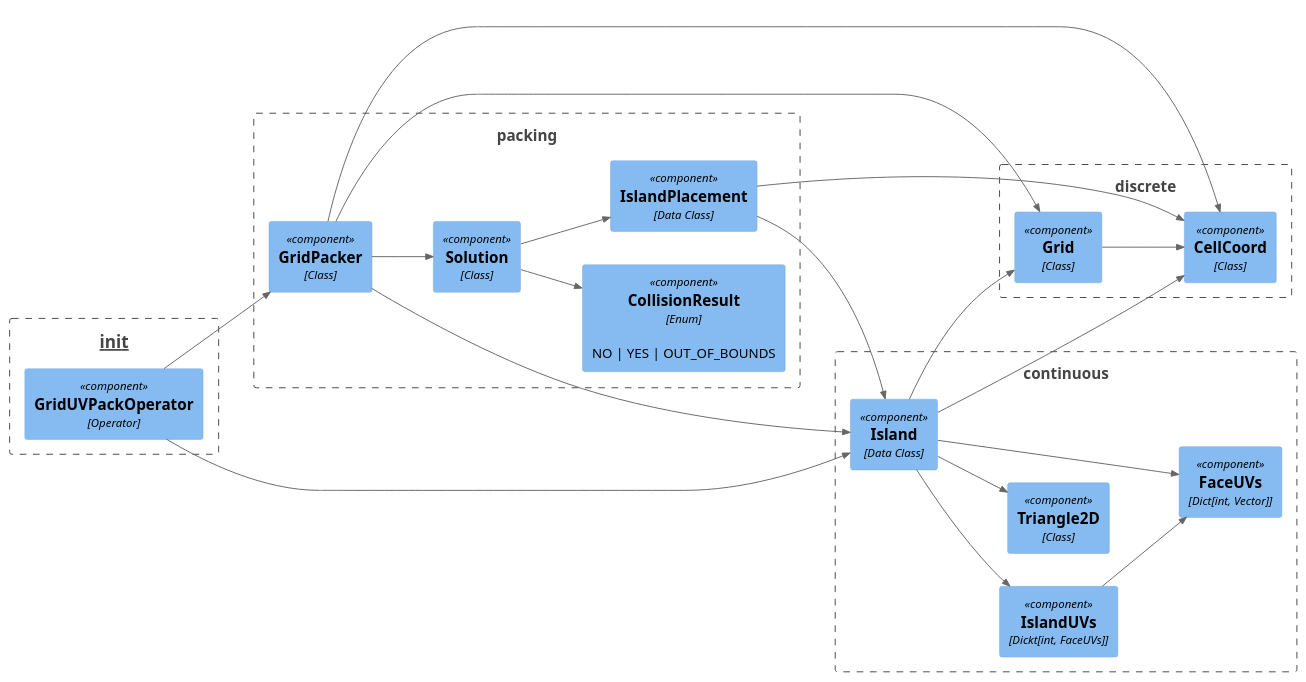
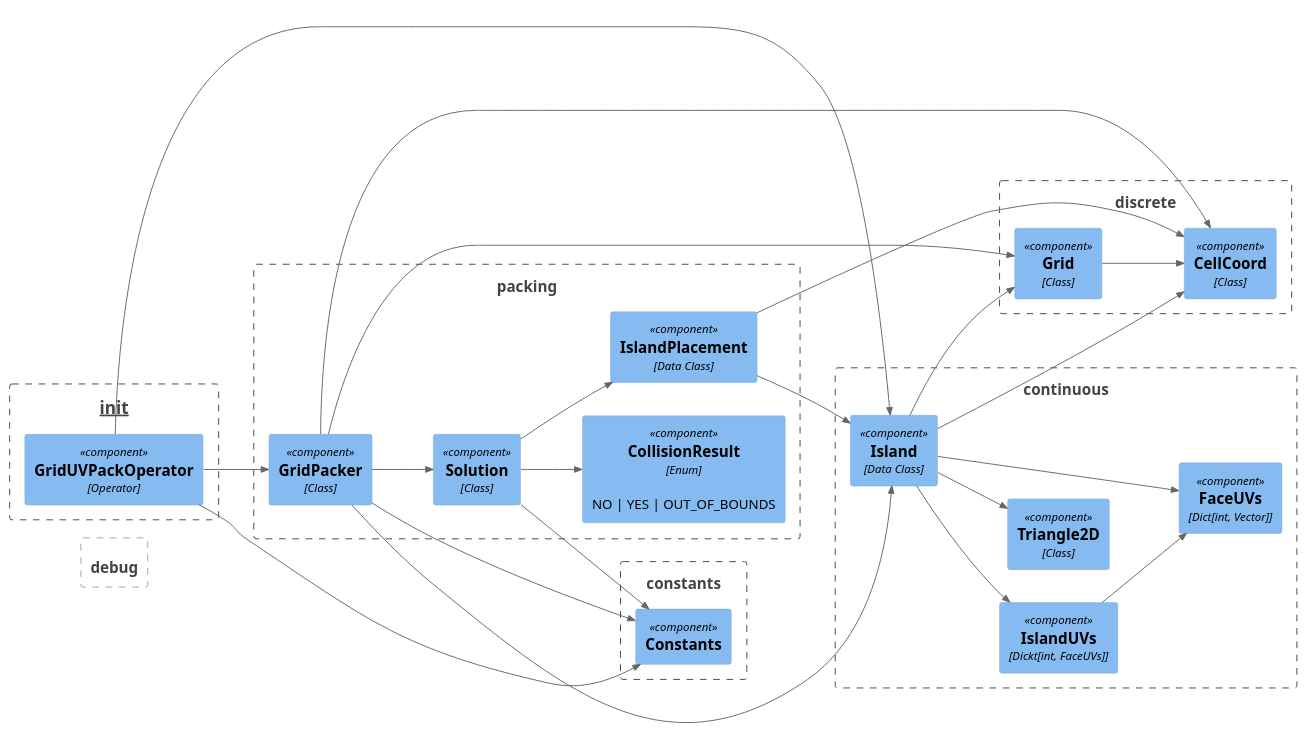
The diagram in doc/arch/Component_Diagram.plantuml (muhuk/grid-uv-packer), drawn with PlantUML before and after one commit. The commit also changed 5 other files, not shown here.

```diff
--- a/doc/arch/Component_Diagram.plantuml
+++ b/doc/arch/Component_Diagram.plantuml
@@ -1,52 +1,63 @@
 @startuml Component_Diagram
 !include ../c4/C4_Component.puml
 LAYOUT_LEFT_RIGHT()
 
 Boundary(moduleInit, "__init__") {
   Component(gridUvPackOperator, "GridUVPackOperator", "Operator")
+}
+
+Boundary(moduleConstants, "constants") {
+  Component(constants, "Constants")
 }
 
 Boundary(moduleContinuous, "continuous") {
   Component(faceUvs, "FaceUVs", "Dict[int, Vector]")
   Component(islandUvs, "IslandUVs", "Dickt[int, FaceUVs]")
   Component(island, "Island", "Data Class")
   Component(triangle2d, "Triangle2D", "Class")
 
   Rel(island, faceUvs, " ")
   Rel(island, islandUvs, " ")
   Rel(island, triangle2d, " ")
 
   Rel(islandUvs, faceUvs, " ")
+}
+
+Boundary(moduleDebug, "debug") {
 }
 
 Boundary(moduleData, "packing") {
   Component(collisionResult, "CollisionResult", "Enum", "NO | YES | OUT_OF_BOUNDS")
   Component(gridPacker, "GridPacker", "Class")
   Component(islandPlacement, "IslandPlacement", "Data Class")
   Component(solution, "Solution", "Class")
 
   Rel(gridPacker, solution, " ")
   Rel(solution, collisionResult, " ")
   Rel(solution, islandPlacement, " ")
 }
 
 Boundary(moduleDiscrete, "discrete") {
   Component(cellCoord, "CellCoord", "Class")
   Component(grid, "Grid", "Class")
 
   Rel(grid, cellCoord, " ")
 }
 
+Rel(gridUvPackOperator, constants, " ")
 Rel(gridUvPackOperator, gridPacker, " ")
 Rel(gridUvPackOperator, island, " ")
 
 Rel(gridPacker, cellCoord, " ")
+Rel(gridPacker, constants, " ")
 Rel(gridPacker, grid, " ")
 Rel(gridPacker, island, " ")
+
+Rel(solution, constants, " ")
 
 Rel(island, cellCoord, " ")
 Rel(island, grid, " ")
 
 Rel(islandPlacement, island, " ")
 Rel(islandPlacement, cellCoord, " ")
 @enduml
```
